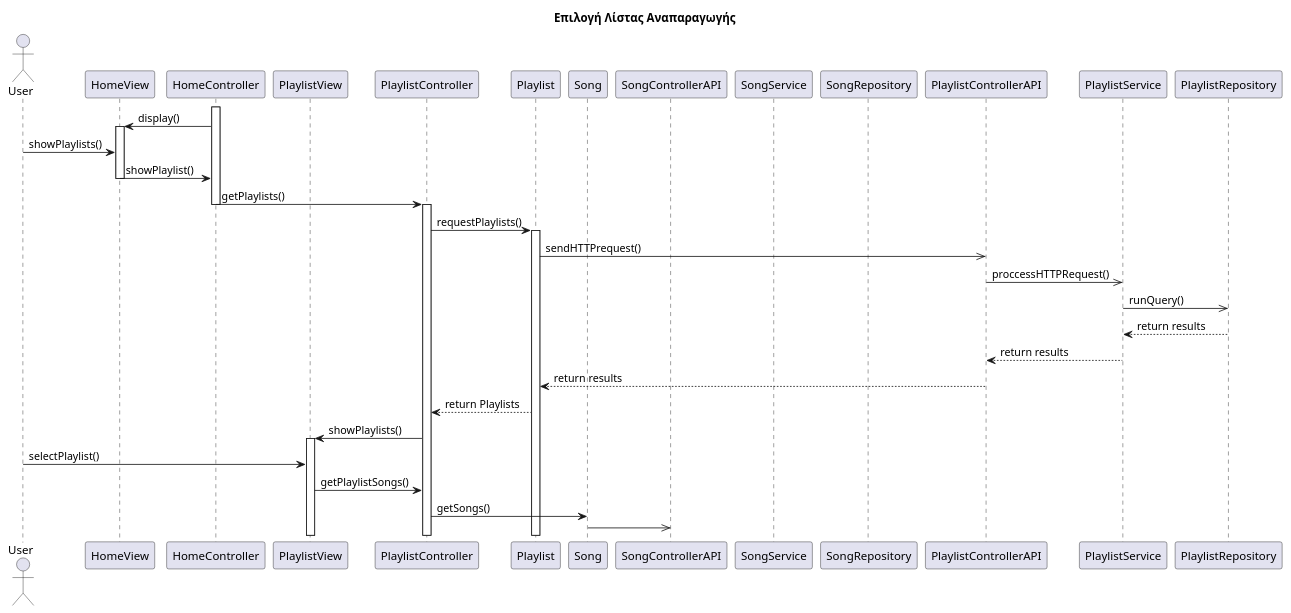
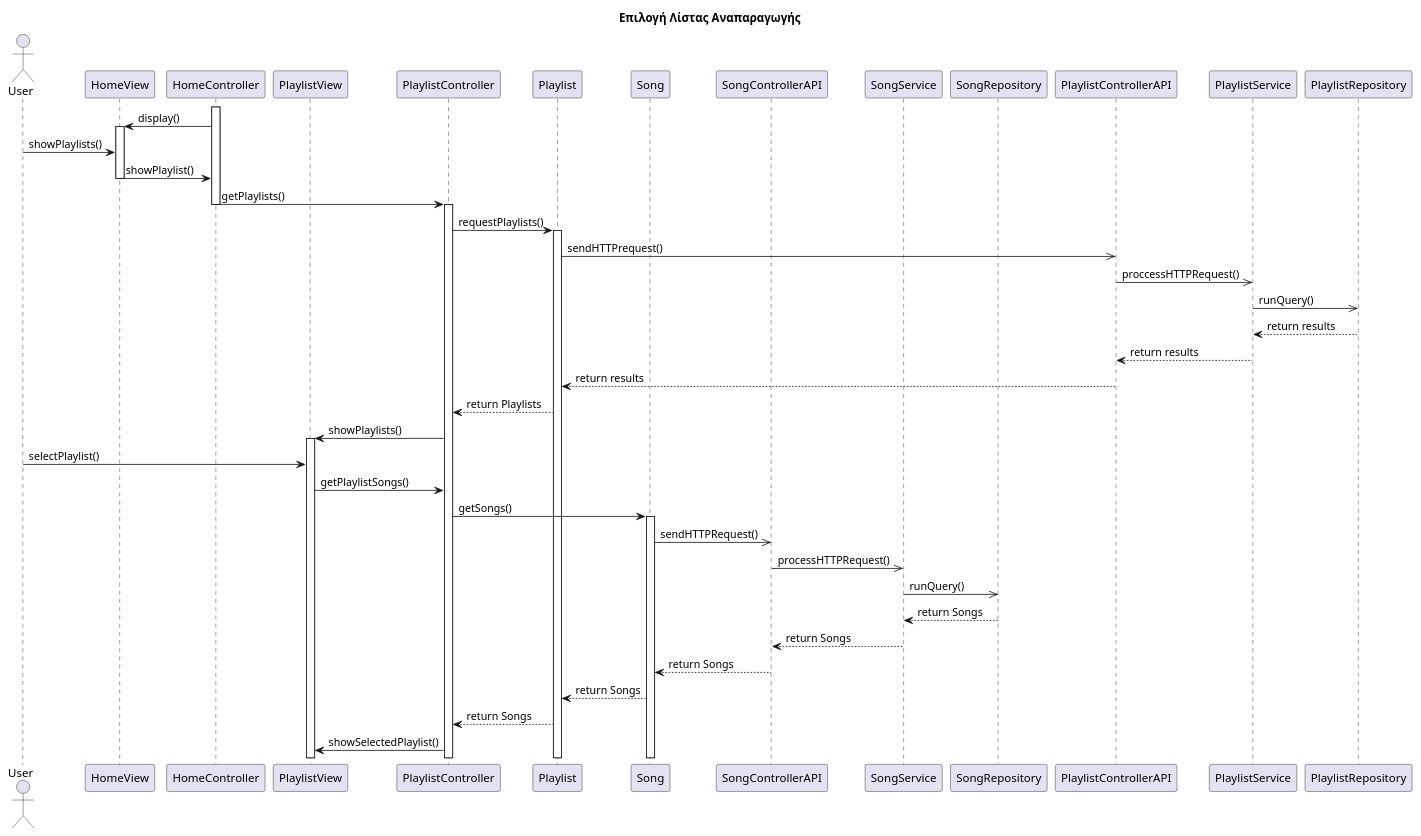
Before and after one commit to RubenKingCP/Tunix: the diagram in Paradoteo_2/SequenceDiagram1.puml, drawn with PlantUML.

Commit message:
Forgot to save before previous commit

```diff
--- a/Paradoteo_2/SequenceDiagram1.puml
+++ b/Paradoteo_2/SequenceDiagram1.puml
@@ -1,45 +1,54 @@
 @startuml name
 
 title  Επιλογή Λίστας Αναπαραγωγής
 
 actor User
 participant HomeView
 participant HomeController
 participant PlaylistView
 participant PlaylistController
 participant Playlist
 participant Song
 participant SongControllerAPI
 participant SongService
 participant SongRepository
 participant PlaylistControllerAPI
 participant PlaylistService
 participant PlaylistRepository
 activate HomeController
 HomeController -> HomeView : display()
 activate HomeView
 User -> HomeView : showPlaylists()
 HomeView -> HomeController : showPlaylist()
 deactivate HomeView
 HomeController -> PlaylistController : getPlaylists()
 deactivate HomeController
 activate PlaylistController
 
 PlaylistController -> Playlist : requestPlaylists()
 activate Playlist
+'async Διότι μπορεί να παίζει ήδη κάποιο playlist και να μην χρειάζεται να αναβληθεί η αναπαραγωγή των τραγουδιών για να κάνει fetch τα άλλα playlists
 Playlist ->> PlaylistControllerAPI : sendHTTPrequest()
 PlaylistControllerAPI ->> PlaylistService : proccessHTTPRequest()
 PlaylistService ->> PlaylistRepository : runQuery()
 PlaylistRepository --> PlaylistService : return results
 PlaylistService --> PlaylistControllerAPI : return results
 PlaylistControllerAPI --> Playlist : return results
 Playlist --> PlaylistController : return Playlists
 PlaylistController -> PlaylistView : showPlaylists()
 activate PlaylistView
 User -> PlaylistView : selectPlaylist()
 PlaylistView -> PlaylistController : getPlaylistSongs()
 PlaylistController -> Song : getSongs()
-Song ->> SongControllerAPI : 
-
+activate Song
+Song ->> SongControllerAPI : sendHTTPRequest()
+SongControllerAPI ->> SongService : processHTTPRequest()
+SongService ->> SongRepository : runQuery()
+SongRepository --> SongService : return Songs
+SongService --> SongControllerAPI : return Songs
+SongControllerAPI --> Song : return Songs
+Song --> Playlist : return Songs
+Playlist --> PlaylistController : return Songs
+PlaylistController -> PlaylistView : showSelectedPlaylist()
 
 @enduml
```
